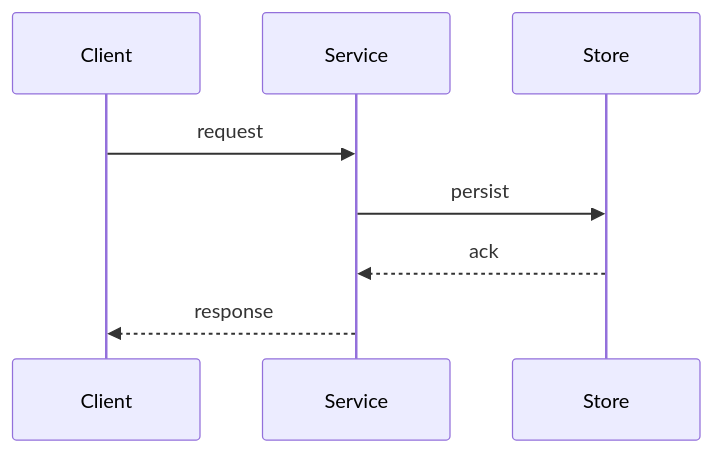
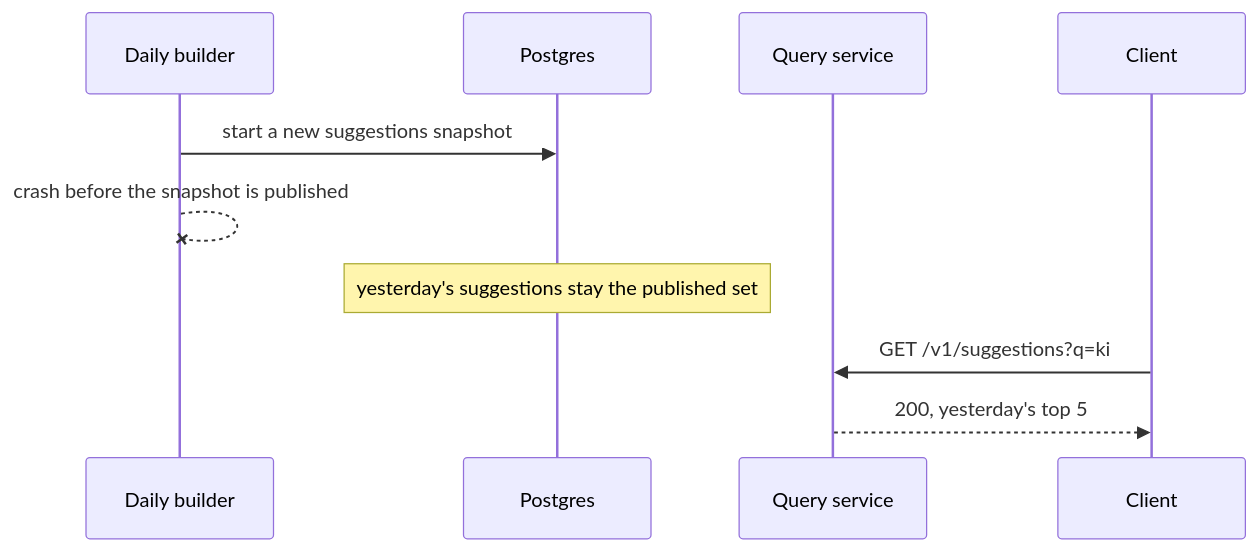
One commit to CharlotteYW/system-design-interview changed the fourth of 4 diagrams in questions/search-autocomplete/FLOW.md. Above: the diagram before and after it, drawn with Mermaid. The commit also changed other lines of this file and 20 other files, not shown here.

````diff
--- a/questions/search-autocomplete/FLOW.md
+++ b/questions/search-autocomplete/FLOW.md
@@ -18,10 +69,12 @@
 ```mermaid
 sequenceDiagram
+  participant B as Daily builder
+  participant P as Postgres
+  participant Q as Query service
   participant C as Client
-  participant S as Service
-  participant D as Store
-  C->>S: request
-  S->>D: persist
-  D-->>S: ack
-  S-->>C: response
+  B->>P: start a new suggestions snapshot
+  B--xB: crash before the snapshot is published
+  Note over P: yesterday's suggestions stay the published set
+  C->>Q: GET /v1/suggestions?q=ki
+  Q-->>C: 200, yesterday's top 5
 ```
````
